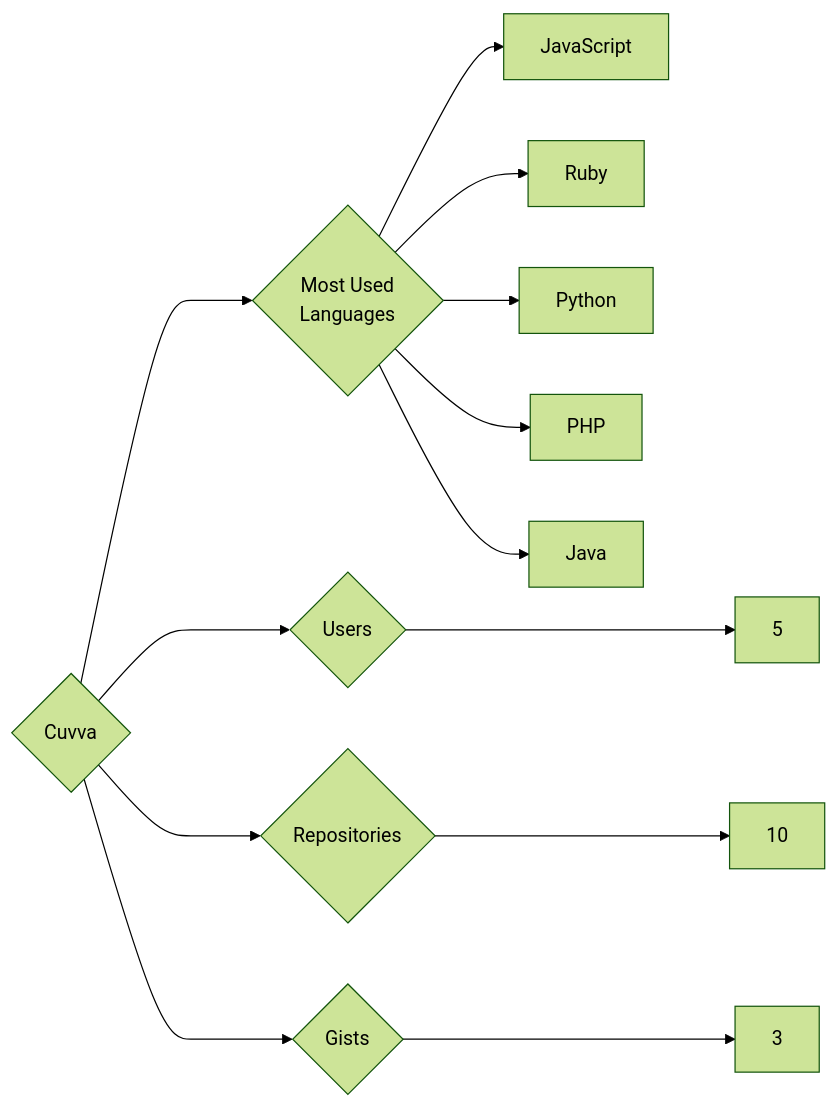
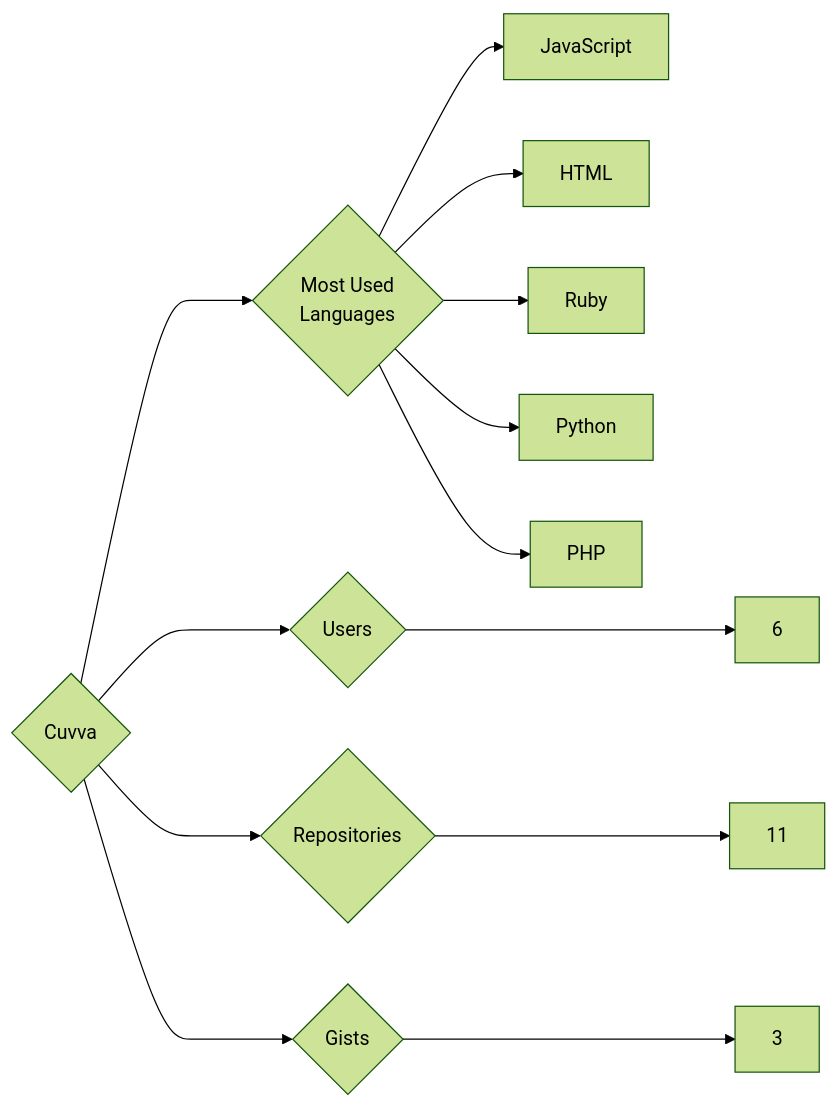
One commit to trickest/insiders changed the diagram in targets/Cuvva/README.md. Above: the diagram before and after it, drawn with Mermaid (forest theme). The commit also changed 942 other files, not shown here.

````diff
--- a/targets/Cuvva/README.md
+++ b/targets/Cuvva/README.md
@@ -3,13 +3,13 @@
 ```mermaid
 graph LR
 COMPANY_NAME{Cuvva}
-COMPANY_NAME ---> U{Users} ---> UN[5]
-COMPANY_NAME ---> R{Repositories} ---> RN[10]
+COMPANY_NAME ---> U{Users} ---> UN[6]
+COMPANY_NAME ---> R{Repositories} ---> RN[11]
 COMPANY_NAME ---> G{Gists} ---> GN[3]
 COMPANY_NAME ---> ML{Most Used<br>Languages}
 ML --> JavaScript[JavaScript]
+ML --> HTML[HTML]
 ML --> Ruby[Ruby]
 ML --> Python[Python]
 ML --> PHP[PHP]
-ML --> Java[Java]
 ```
````
